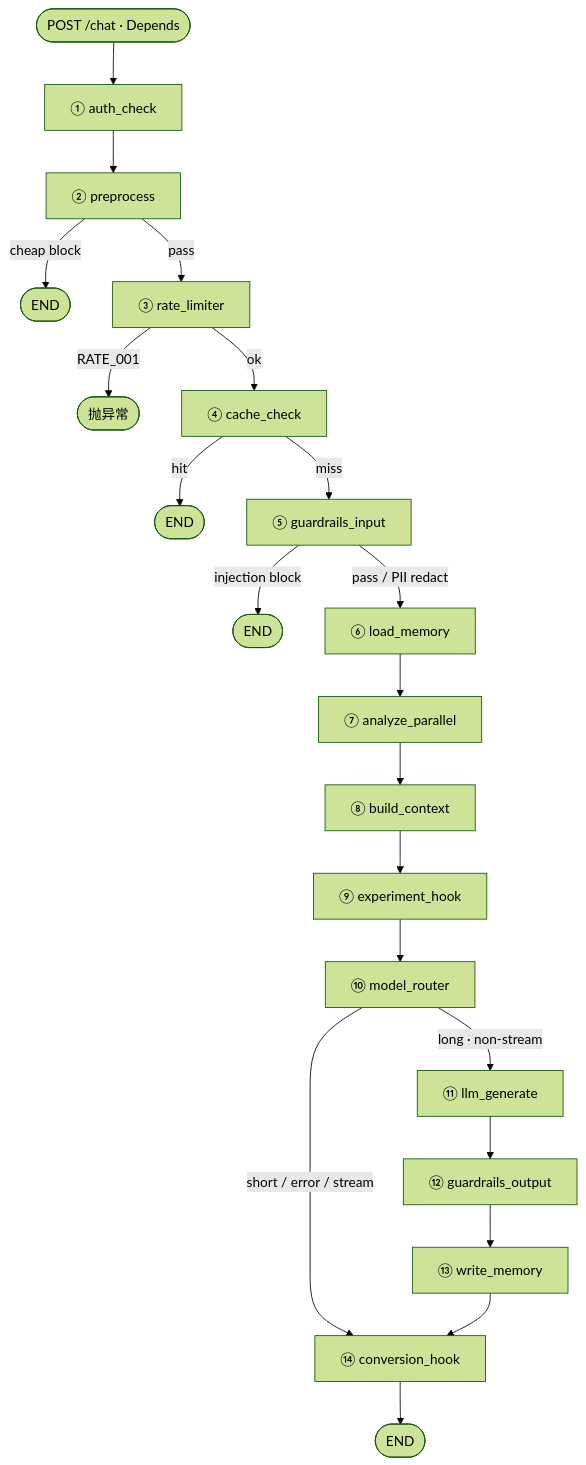
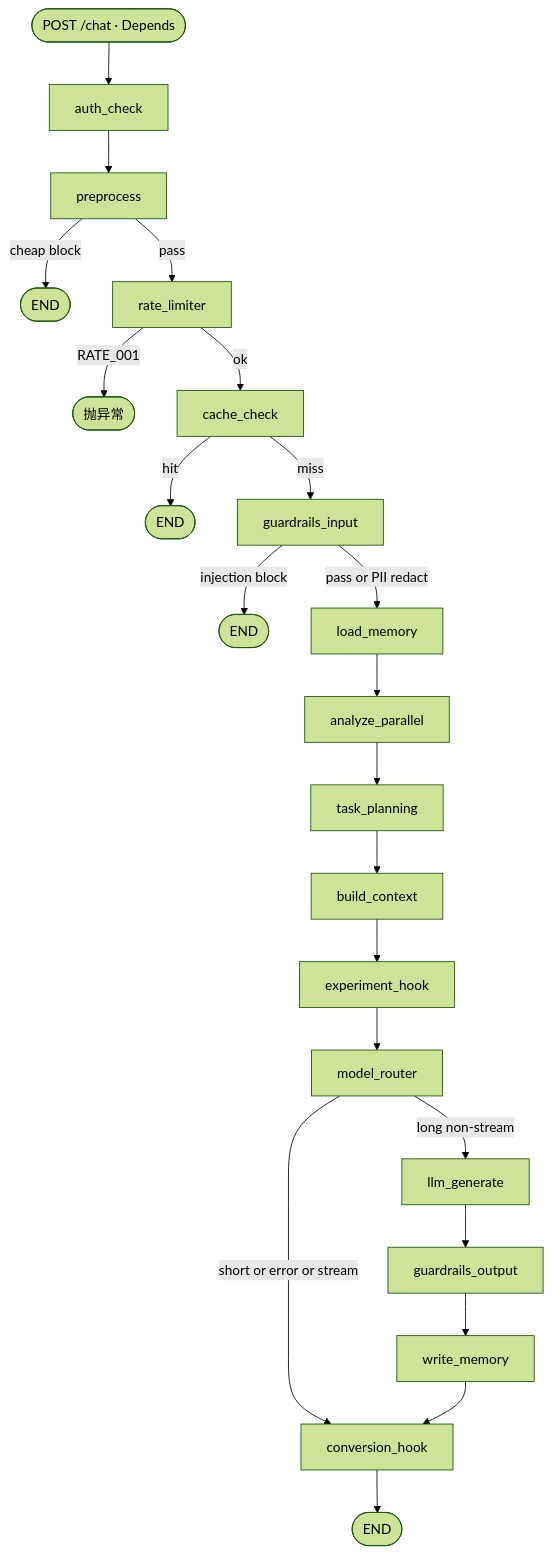
Before and after one commit to JoeSmile/NexusAI: the diagram in learning/05b-pipeline-nodes.md, drawn with Mermaid (forest theme). The commit also changed other lines of this file and 20 other files, not shown here.

First line of the commit message:
feat(pipeline): early preprocess, normalized cache keys, defer load_memory (Task 39)

````diff
--- a/learning/05b-pipeline-nodes.md
+++ b/learning/05b-pipeline-nodes.md
@@ -74,23 +74,24 @@
 ```mermaid
 flowchart TD
-  Start([POST /chat · Depends]) --> A[① auth_check]
-  A --> P[② preprocess]
+  Start([POST /chat · Depends]) --> A[auth_check]
+  A --> P[preprocess]
   P -->|cheap block| End1([END])
-  P -->|pass| R[③ rate_limiter]
+  P -->|pass| R[rate_limiter]
   R -->|RATE_001| Ex([抛异常])
-  R -->|ok| C[④ cache_check]
+  R -->|ok| C[cache_check]
   C -->|hit| End2([END])
-  C -->|miss| G[⑤ guardrails_input]
+  C -->|miss| G[guardrails_input]
   G -->|injection block| End3([END])
-  G -->|pass / PII redact| M[⑥ load_memory]
-  M --> An[⑦ analyze_parallel]
-  An --> B[⑧ build_context]
-  B --> E[⑨ experiment_hook]
-  E --> MR[⑩ model_router]
-  MR -->|short / error / stream| Conv[⑭ conversion_hook]
-  MR -->|long · non-stream| L[⑪ llm_generate]
-  L --> GO[⑫ guardrails_output]
-  GO --> W[⑬ write_memory]
+  G -->|pass or PII redact| M[load_memory]
+  M --> An[analyze_parallel]
+  An --> TP[task_planning]
+  TP --> B[build_context]
+  B --> E[experiment_hook]
+  E --> MR[model_router]
+  MR -->|short or error or stream| Conv[conversion_hook]
+  MR -->|long non-stream| L[llm_generate]
+  L --> GO[guardrails_output]
+  GO --> W[write_memory]
   W --> Conv
   Conv --> End4([END])
 ```
````
